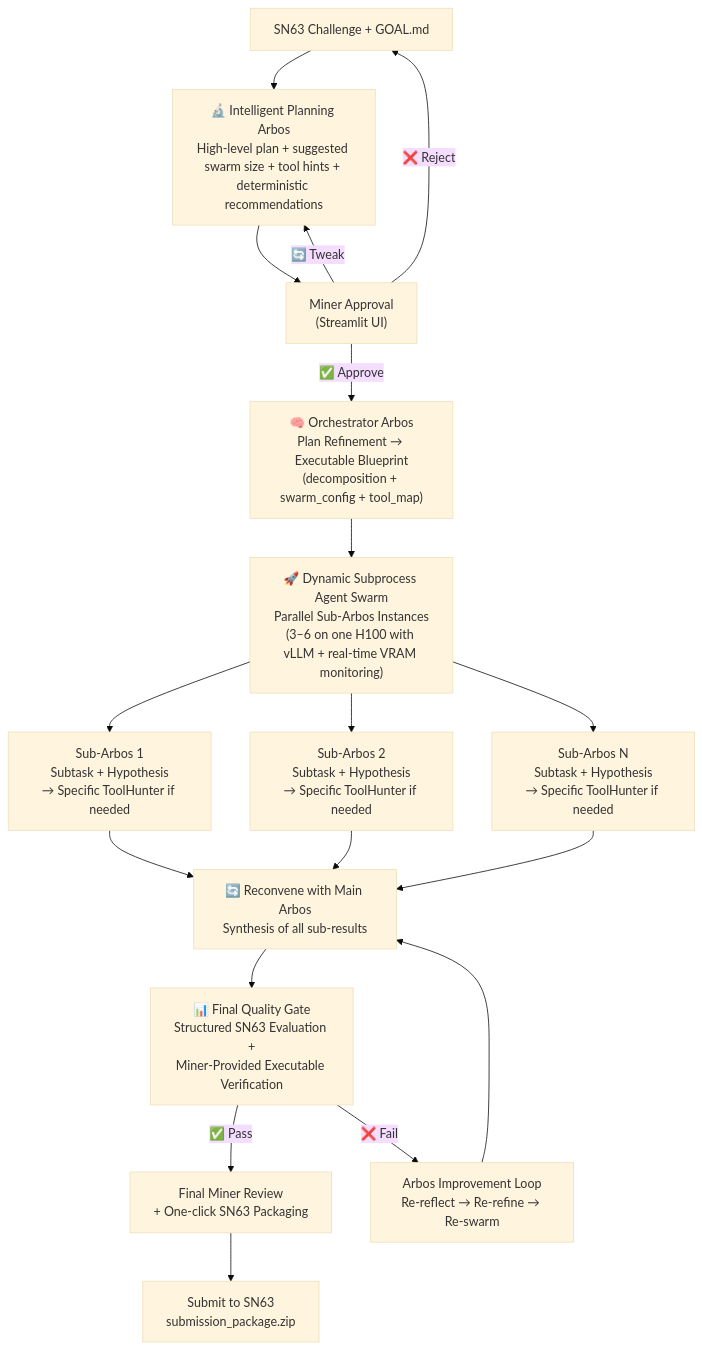
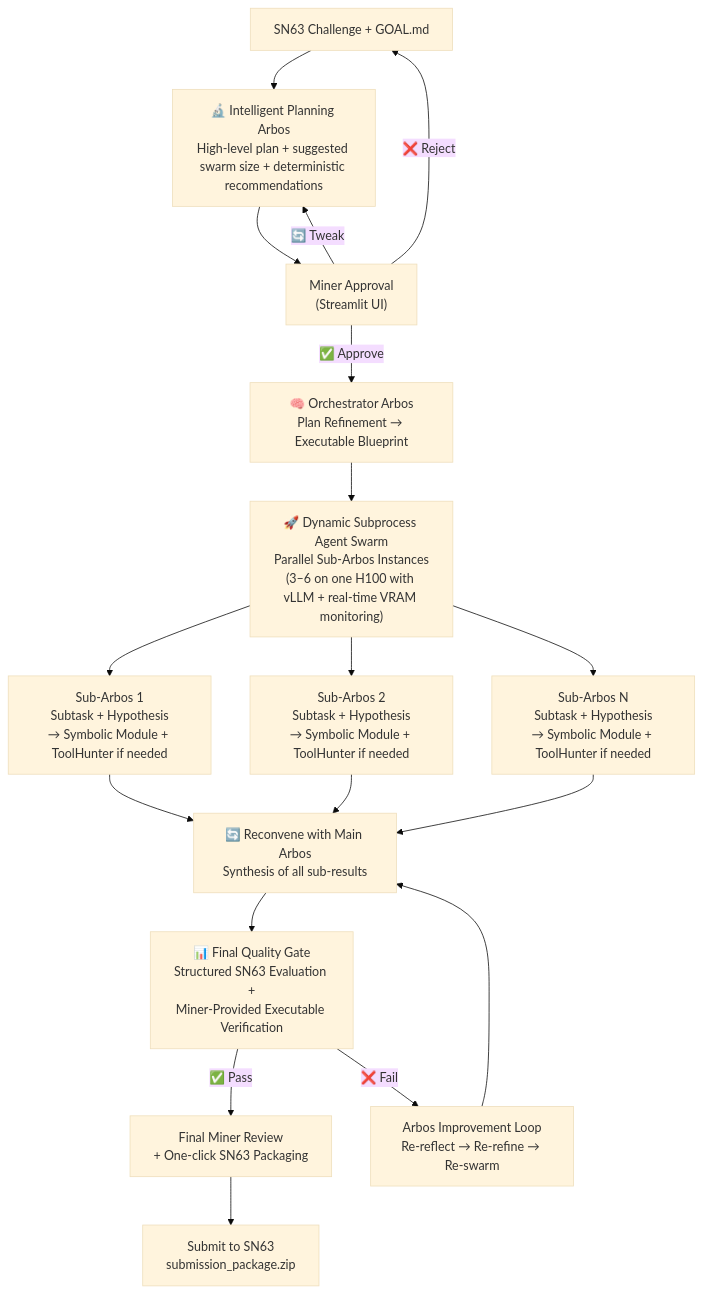
Before and after one commit to jbequ5/SAGE-Enigma-Subnet: the diagram in README.md, drawn with Mermaid (base theme). The commit also changed other lines of this file, not shown here.

````diff
--- a/README.md
+++ b/README.md
@@ -9,27 +9,27 @@
 ```mermaid
 flowchart TD
     A["SN63 Challenge + GOAL.md"] 
-    --> B["🔬 Intelligent Planning Arbos<br/>High-level plan + suggested swarm size + tool hints + deterministic recommendations"]
+    --> B["🔬 Intelligent Planning Arbos<br/>High-level plan + suggested swarm size + deterministic recommendations"]
 
     B --> C["Miner Approval<br/>(Streamlit UI)"]
-    C -->|"✅ Approve"| D["🧠 Orchestrator Arbos<br/>Plan Refinement → Executable Blueprint<br/>(decomposition + swarm_config + tool_map)"]
+    C -->|"✅ Approve"| D["🧠 Orchestrator Arbos<br/>Plan Refinement → Executable Blueprint"]
     C -->|"🔄 Tweak"| B
     C -->|"❌ Reject"| A
 
     D --> E["🚀 Dynamic Subprocess Agent Swarm<br/>Parallel Sub-Arbos Instances<br/>(3–6 on one H100 with vLLM + real-time VRAM monitoring)"]
 
-    E --> F1["Sub-Arbos 1<br/>Subtask + Hypothesis<br/>→ Specific ToolHunter if needed"]
-    E --> F2["Sub-Arbos 2<br/>Subtask + Hypothesis<br/>→ Specific ToolHunter if needed"]
-    E --> FN["Sub-Arbos N<br/>Subtask + Hypothesis<br/>→ Specific ToolHunter if needed"]
+    E --> F1["Sub-Arbos 1<br/>Subtask + Hypothesis<br/>→ Symbolic Module + ToolHunter if needed"]
+    E --> F2["Sub-Arbos 2<br/>Subtask + Hypothesis<br/>→ Symbolic Module + ToolHunter if needed"]
+    E --> FN["Sub-Arbos N<br/>Subtask + Hypothesis<br/>→ Symbolic Module + ToolHunter if needed"]
 
     F1 & F2 & FN --> G["🔄 Reconvene with Main Arbos<br/>Synthesis of all sub-results"]
 
     G --> H["📊 Final Quality Gate<br/>Structured SN63 Evaluation +<br/>Miner-Provided Executable Verification"]
 
     H -->|"✅ Pass"| I["Final Miner Review<br/>+ One-click SN63 Packaging"]
     H -->|"❌ Fail"| J["Arbos Improvement Loop<br/>Re-reflect → Re-refine → Re-swarm"]
 
     J --> G
 
     I --> K["Submit to SN63<br/>submission_package.zip"]
 ```
````
